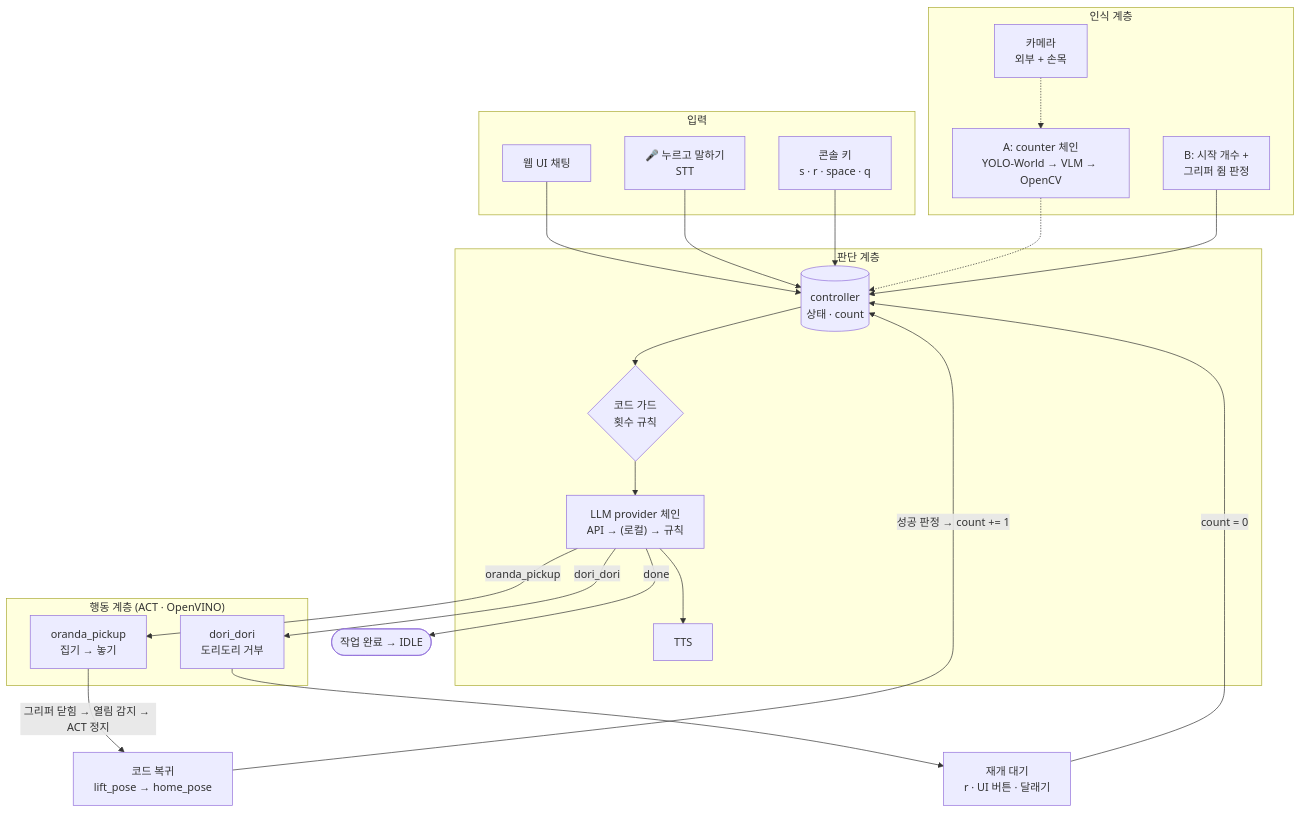
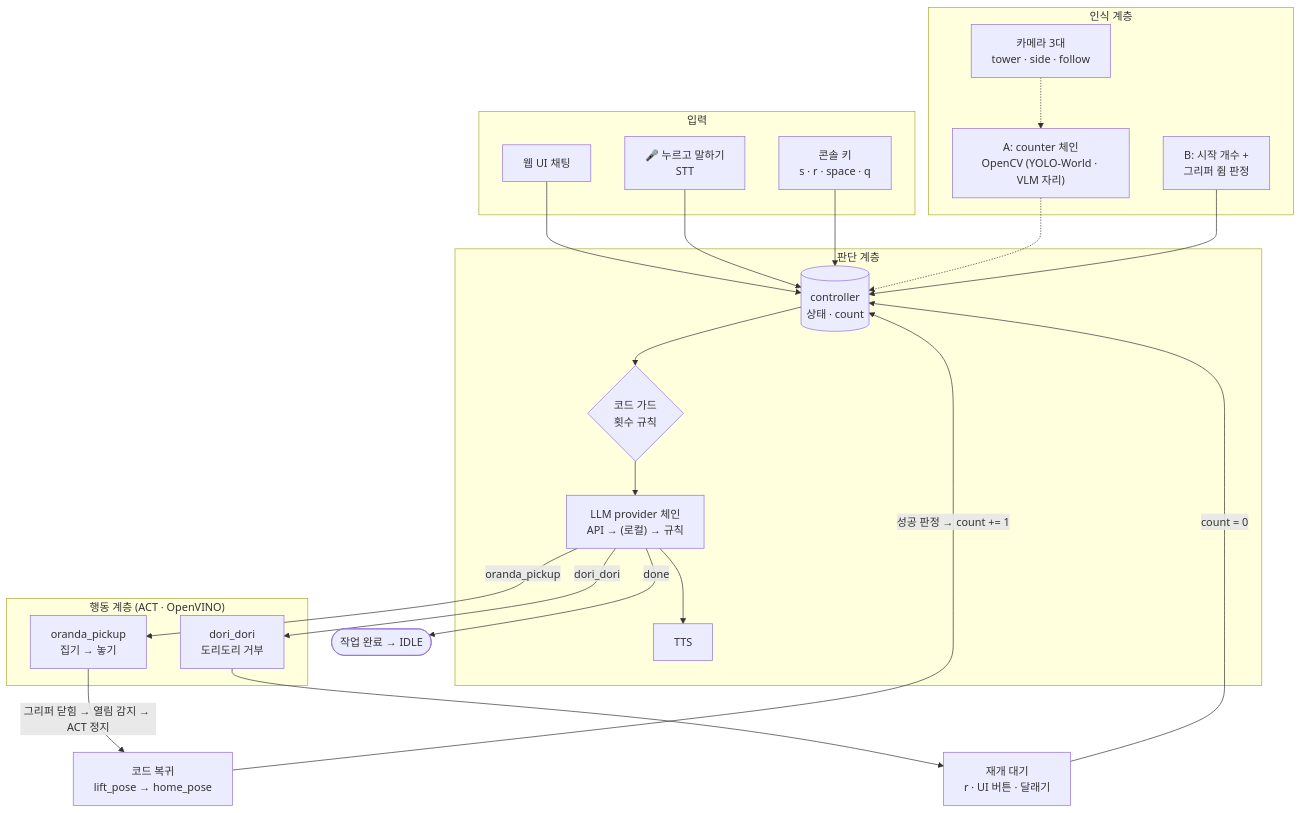
Before and after one commit to ttogle918/intel-openvino-homerunball: the first of 5 diagrams in docs/ARCHITECTURE.md, drawn with Mermaid. The commit also changed other lines of this file and 5 other files, not shown here.

````diff
--- a/docs/ARCHITECTURE.md
+++ b/docs/ARCHITECTURE.md
@@ -7,44 +7,44 @@
 ```mermaid
 flowchart TD
     subgraph IN["입력"]
         UI["웹 UI 채팅"]
         MIC["🎤 누르고 말하기<br/>STT"]
         KEY["콘솔 키<br/>s · r · space · q"]
     end
 
     subgraph P["인식 계층"]
-        CAM["카메라<br/>외부 + 손목"]
-        CNT_A["A: counter 체인<br/>YOLO-World → VLM → OpenCV"]
+        CAM["카메라 3대<br/>tower · side · follow"]
+        CNT_A["A: counter 체인<br/>OpenCV (YOLO-World · VLM 자리)"]
         GRIP["B: 시작 개수 +<br/>그리퍼 쥠 판정"]
     end
 
     subgraph J["판단 계층"]
         CTRL[("controller<br/>상태 · count")]
         GUARD{"코드 가드<br/>횟수 규칙"}
         LLM["LLM provider 체인<br/>API → (로컬) → 규칙"]
         TTS["TTS"]
     end
 
     subgraph A["행동 계층 (ACT · OpenVINO)"]
         S1["oranda_pickup<br/>집기 → 놓기"]
         S2["dori_dori<br/>도리도리 거부"]
     end
 
     HOME["코드 복귀<br/>lift_pose → home_pose"]
 
     UI --> CTRL
     MIC --> CTRL
     KEY --> CTRL
     CAM -.-> CNT_A
     CNT_A -.-> CTRL
     GRIP --> CTRL
     CTRL --> GUARD --> LLM
     LLM --> TTS
     LLM -->|"oranda_pickup"| S1
     LLM -->|"dori_dori"| S2
     LLM -->|"done"| DONE(["작업 완료 → IDLE"])
     S1 -->|"그리퍼 닫힘 → 열림 감지 → ACT 정지"| HOME
     HOME -->|"성공 판정 → count += 1"| CTRL
     S2 --> WAIT["재개 대기<br/>r · UI 버튼 · 달래기"]
     WAIT -->|"count = 0"| CTRL
 ```
````
